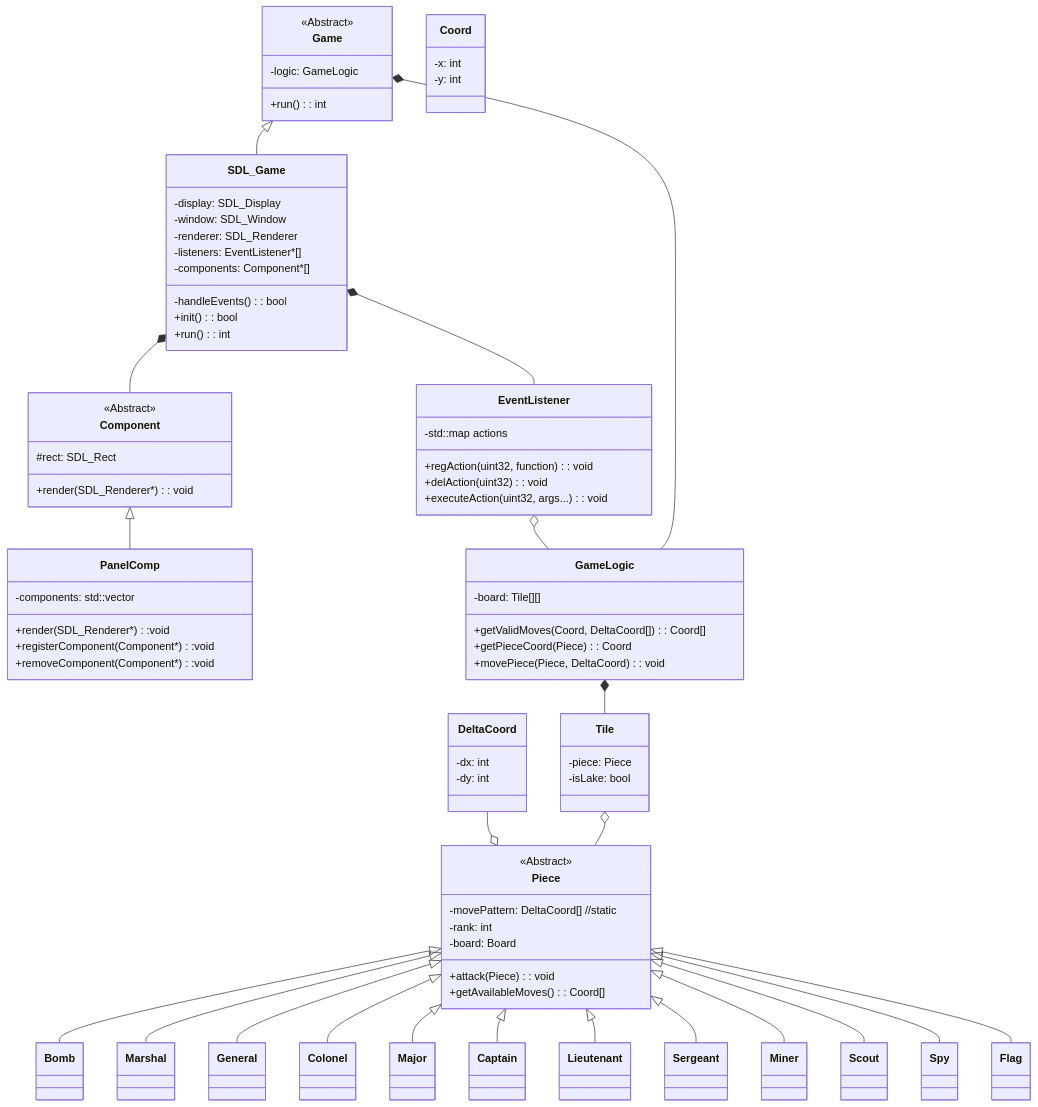
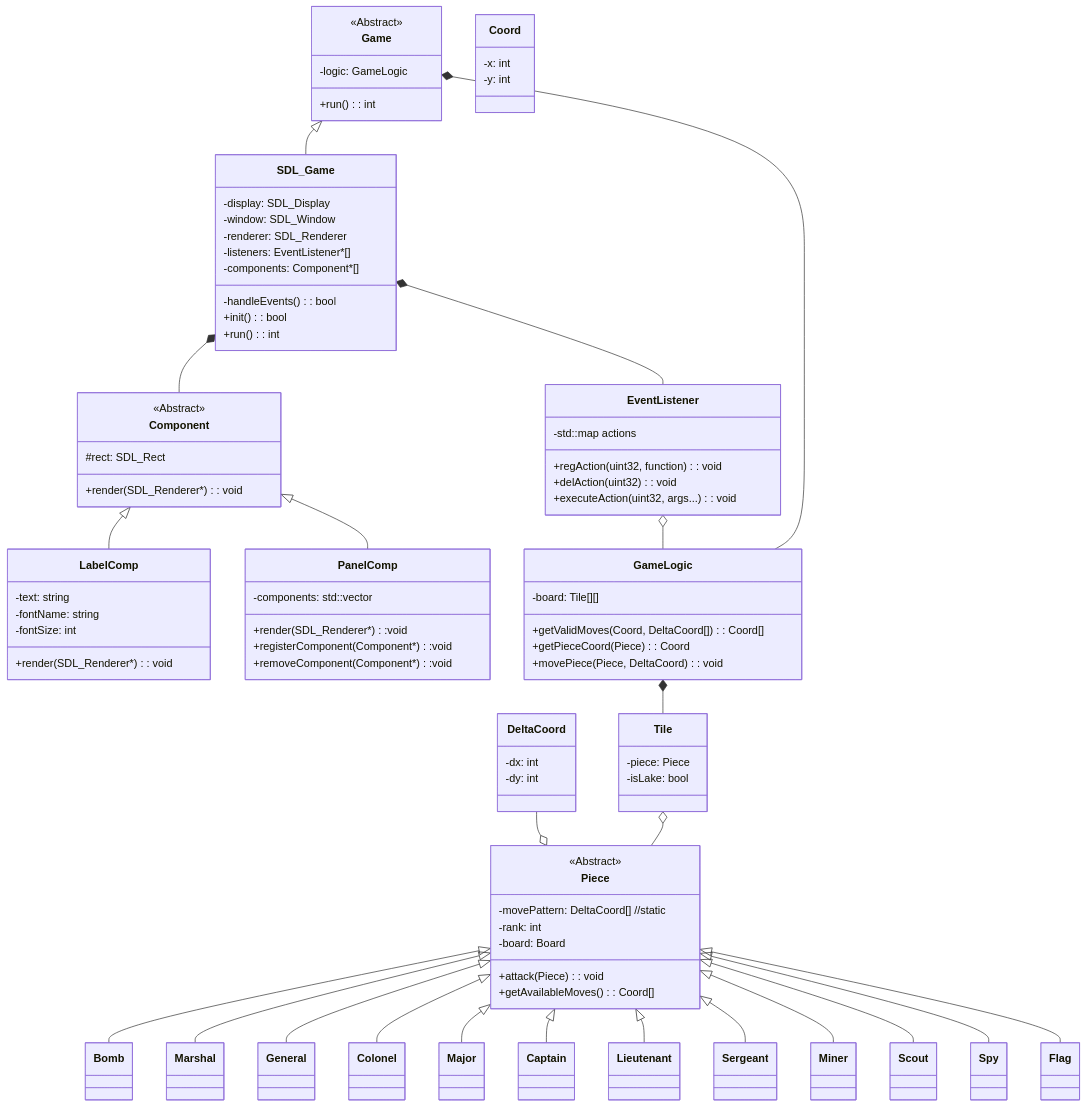
Before and after one commit to Tomocza/cpp-stratego: the sixth of 6 diagrams in README.md, drawn with Mermaid.

Commit message:
update UML

```diff
--- a/README.md
+++ b/README.md
@@ -181,6 +181,13 @@
   <<Abstract>>
   +render(SDL_Renderer*): void
   #rect: SDL_Rect
+}
+
+class LabelComp{
+  +render(SDL_Renderer*): void
+  -text: string
+  -fontName: string
+  -fontSize: int
 }
 
 class PanelComp{
@@ -258,6 +265,7 @@
 EventListener o-- GameLogic
 
 Component <|-- PanelComp
+Component <|-- LabelComp
 SDL_Game *-- Component
 
 GameLogic *-- Tile
```
